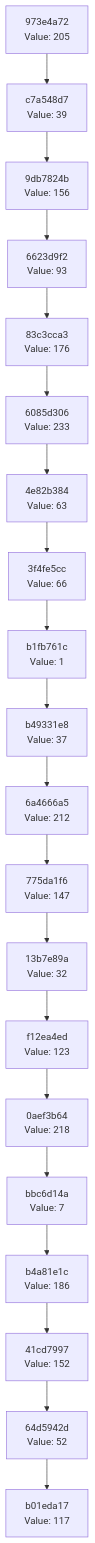
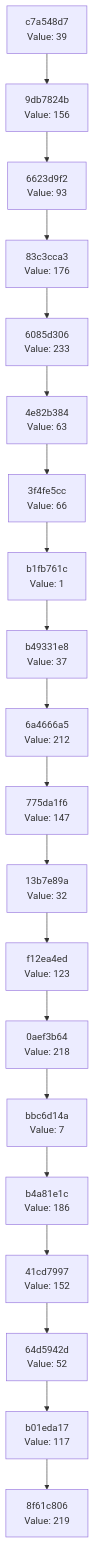
The diagram in docs/CHAIN_VISUALIZATION.md (Abhisheksinha1506/hash-chain-evolver), drawn with Mermaid before and after one commit. The commit also changed 1 other file, not shown here.

Commit message:
Evolution step: hash 0xDB → action executed

````diff
--- a/docs/CHAIN_VISUALIZATION.md
+++ b/docs/CHAIN_VISUALIZATION.md
@@ -3,42 +3,42 @@
 ```mermaid
 graph TD
-    C0["b01eda17<br/>Value: 117"]
-    C1["64d5942d<br/>Value: 52"]
+    C0["8f61c806<br/>Value: 219"]
+    C1["b01eda17<br/>Value: 117"]
     C1 --> C0
-    C2["41cd7997<br/>Value: 152"]
+    C2["64d5942d<br/>Value: 52"]
     C2 --> C1
-    C3["b4a81e1c<br/>Value: 186"]
+    C3["41cd7997<br/>Value: 152"]
     C3 --> C2
-    C4["bbc6d14a<br/>Value: 7"]
+    C4["b4a81e1c<br/>Value: 186"]
     C4 --> C3
-    C5["0aef3b64<br/>Value: 218"]
+    C5["bbc6d14a<br/>Value: 7"]
     C5 --> C4
-    C6["f12ea4ed<br/>Value: 123"]
+    C6["0aef3b64<br/>Value: 218"]
     C6 --> C5
-    C7["13b7e89a<br/>Value: 32"]
+    C7["f12ea4ed<br/>Value: 123"]
     C7 --> C6
-    C8["775da1f6<br/>Value: 147"]
+    C8["13b7e89a<br/>Value: 32"]
     C8 --> C7
-    C9["6a4666a5<br/>Value: 212"]
+    C9["775da1f6<br/>Value: 147"]
     C9 --> C8
-    C10["b49331e8<br/>Value: 37"]
+    C10["6a4666a5<br/>Value: 212"]
     C10 --> C9
-    C11["b1fb761c<br/>Value: 1"]
+    C11["b49331e8<br/>Value: 37"]
     C11 --> C10
-    C12["3f4fe5cc<br/>Value: 66"]
+    C12["b1fb761c<br/>Value: 1"]
     C12 --> C11
-    C13["4e82b384<br/>Value: 63"]
+    C13["3f4fe5cc<br/>Value: 66"]
     C13 --> C12
-    C14["6085d306<br/>Value: 233"]
+    C14["4e82b384<br/>Value: 63"]
     C14 --> C13
-    C15["83c3cca3<br/>Value: 176"]
+    C15["6085d306<br/>Value: 233"]
     C15 --> C14
-    C16["6623d9f2<br/>Value: 93"]
+    C16["83c3cca3<br/>Value: 176"]
     C16 --> C15
-    C17["9db7824b<br/>Value: 156"]
+    C17["6623d9f2<br/>Value: 93"]
     C17 --> C16
-    C18["c7a548d7<br/>Value: 39"]
+    C18["9db7824b<br/>Value: 156"]
     C18 --> C17
-    C19["973e4a72<br/>Value: 205"]
+    C19["c7a548d7<br/>Value: 39"]
     C19 --> C18
 ```
````
